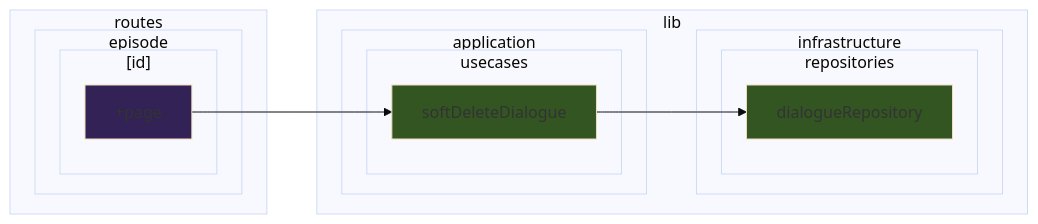
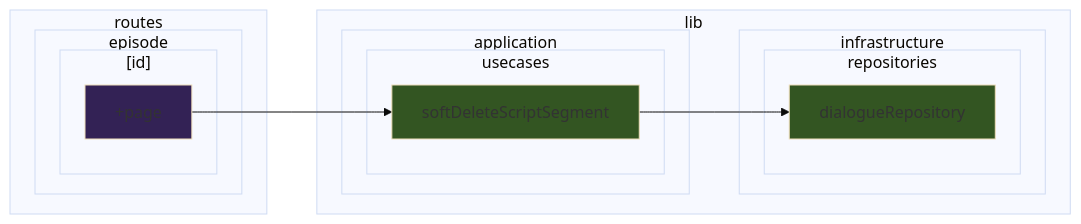
Diagram 32 of 39 in doc/dependency-graph.md (k5n/kotonoha), drawn with Mermaid (base theme) before and after one commit. The commit also changed other lines of this file and 32 other files, not shown here.

````diff
--- a/doc/dependency-graph.md
+++ b/doc/dependency-graph.md
@@ -1638,30 +1638,30 @@
 ```mermaid
 graph LR
     classDef cssSvelteComponent fill:#325;
     classDef cssSvelteScript fill:#535;
     classDef cssTypeScript fill:#352;
         subgraph sg_lib ["lib"]
             subgraph sg_lib_application ["application"]
                 subgraph sg_lib_application_usecases ["usecases"]
-                    src_lib_application_usecases_softDeleteDialogue_ts["softDeleteDialogue"]
+                    src_lib_application_usecases_softDeleteScriptSegment_ts["softDeleteScriptSegment"]
                 end
             end
             subgraph sg_lib_infrastructure ["infrastructure"]
                 subgraph sg_lib_infrastructure_repositories ["repositories"]
                     src_lib_infrastructure_repositories_dialogueRepository_ts["dialogueRepository"]
                 end
             end
         end
         subgraph sg_routes ["routes"]
             subgraph sg_routes_episode ["episode"]
                 subgraph sg_routes_episode__id_ ["[id]"]
                     src_routes_episode__id___page_svelte["+page"]
                 end
             end
         end
-    src_lib_application_usecases_softDeleteDialogue_ts --> src_lib_infrastructure_repositories_dialogueRepository_ts
-    src_routes_episode__id___page_svelte --> src_lib_application_usecases_softDeleteDialogue_ts
-    class src_lib_application_usecases_softDeleteDialogue_ts cssTypeScript
+    src_lib_application_usecases_softDeleteScriptSegment_ts --> src_lib_infrastructure_repositories_dialogueRepository_ts
+    src_routes_episode__id___page_svelte --> src_lib_application_usecases_softDeleteScriptSegment_ts
+    class src_lib_application_usecases_softDeleteScriptSegment_ts cssTypeScript
     class src_lib_infrastructure_repositories_dialogueRepository_ts cssTypeScript
     class src_routes_episode__id___page_svelte cssSvelteComponent
 ```
````
